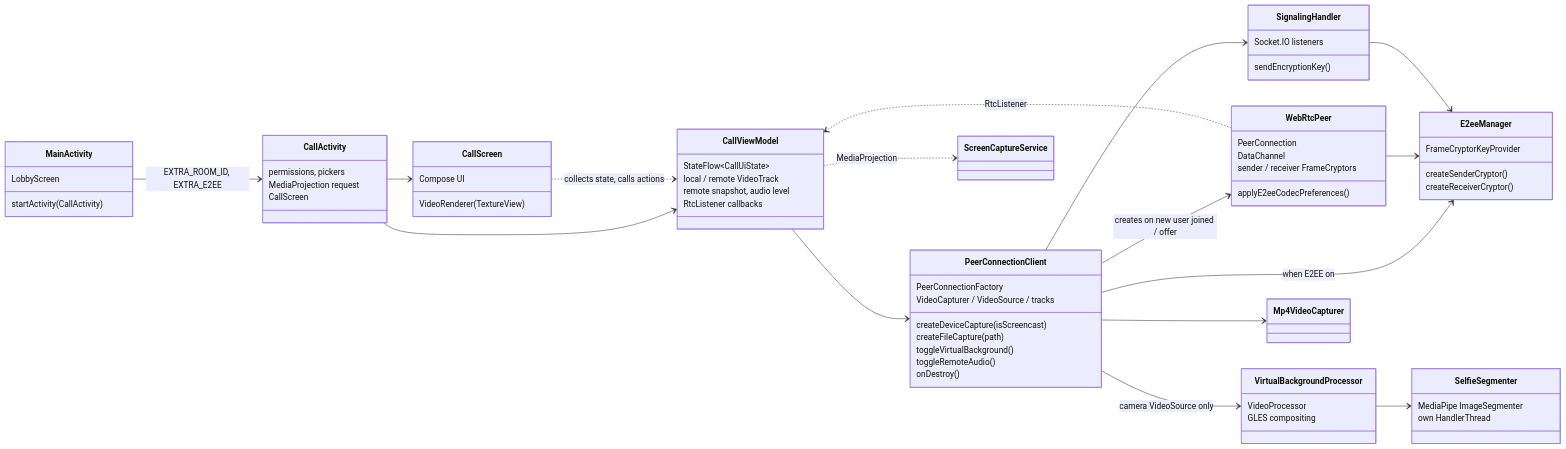
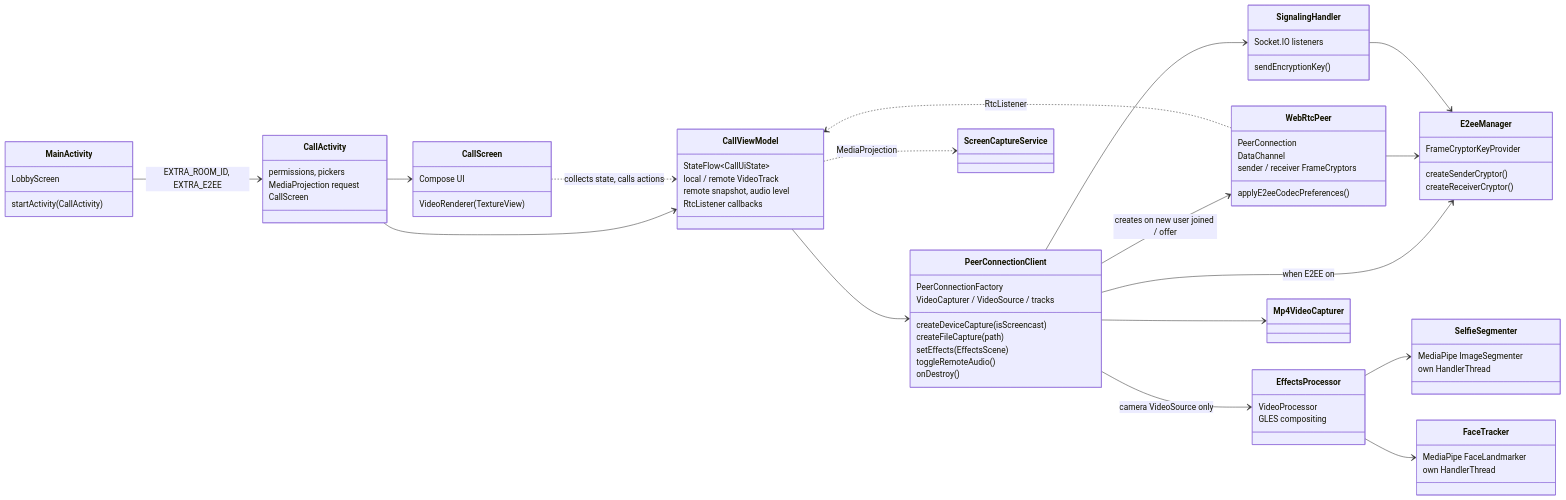
The eighth of 18 diagrams in ARCHITECTURE.md (maitrungduc1410/WebRTC-Demo), drawn with Mermaid before and after one commit. The commit also changed other lines of this file and 80 other files, not shown here.

First line of the commit message:
feat: add backgrounds and face stickers on all platforms Replace the single virtual background with a "Backgrounds and effects" picker on web, Android and iOS: none, two blur levels, pictures, looping videos and face-tracked stickers, with a live preview.

````diff
--- a/ARCHITECTURE.md
+++ b/ARCHITECTURE.md
@@ -323,73 +334,78 @@
 ```mermaid
 classDiagram
     direction LR
     class MainActivity {
         LobbyScreen
         startActivity(CallActivity)
     }
     class CallActivity {
         permissions, pickers
         MediaProjection request
         CallScreen
     }
     class CallViewModel {
         StateFlow~CallUiState~
         local / remote VideoTrack
         remote snapshot, audio level
         RtcListener callbacks
     }
     class CallScreen {
         Compose UI
         VideoRenderer (TextureView)
     }
     class PeerConnectionClient {
         PeerConnectionFactory
         VideoCapturer / VideoSource / tracks
         createDeviceCapture(isScreencast)
         createFileCapture(path)
-        toggleVirtualBackground()
+        setEffects(EffectsScene)
         toggleRemoteAudio()
         onDestroy()
     }
     class SignalingHandler {
         Socket.IO listeners
         sendEncryptionKey()
     }
     class WebRtcPeer {
         PeerConnection
         DataChannel
         sender / receiver FrameCryptors
         applyE2eeCodecPreferences()
     }
     class E2eeManager {
         FrameCryptorKeyProvider
         createSenderCryptor()
         createReceiverCryptor()
     }
-    class VirtualBackgroundProcessor {
+    class EffectsProcessor {
         VideoProcessor
         GLES compositing
     }
     class SelfieSegmenter {
         MediaPipe ImageSegmenter
+        own HandlerThread
+    }
+    class FaceTracker {
+        MediaPipe FaceLandmarker
         own HandlerThread
     }
     class Mp4VideoCapturer
     class ScreenCaptureService
 
     MainActivity --> CallActivity : EXTRA_ROOM_ID, EXTRA_E2EE
     CallActivity --> CallViewModel
     CallActivity --> CallScreen
     CallScreen ..> CallViewModel : collects state, calls actions
     CallViewModel --> PeerConnectionClient
     CallViewModel ..> ScreenCaptureService : MediaProjection
     PeerConnectionClient --> SignalingHandler
     PeerConnectionClient --> WebRtcPeer : creates on new user joined / offer
     PeerConnectionClient --> E2eeManager : when E2EE on
-    PeerConnectionClient --> VirtualBackgroundProcessor : camera VideoSource only
+    PeerConnectionClient --> EffectsProcessor : camera VideoSource only
     PeerConnectionClient --> Mp4VideoCapturer
-    VirtualBackgroundProcessor --> SelfieSegmenter
+    EffectsProcessor --> SelfieSegmenter
+    EffectsProcessor --> FaceTracker
     WebRtcPeer --> E2eeManager
     SignalingHandler --> E2eeManager
     WebRtcPeer ..> CallViewModel : RtcListener
 ```
````
